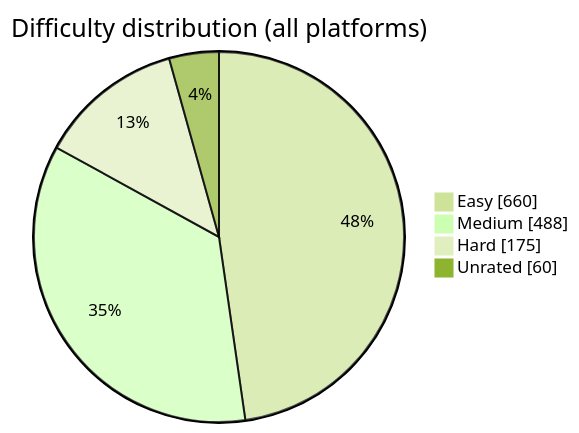
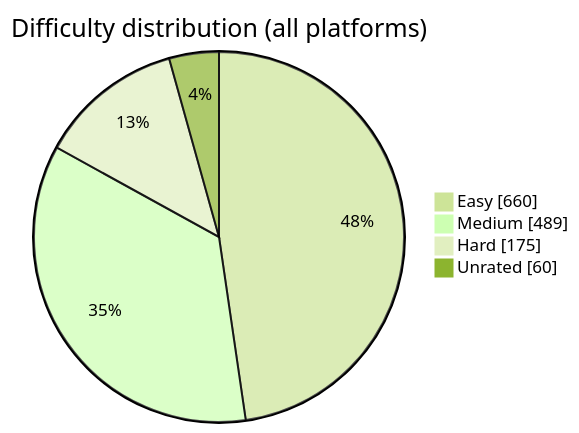
Before and after one commit to BuildbyArindam/Daily-Coding-Log: the diagram in README.md, drawn with Mermaid (forest theme). The commit also changed other lines of this file, not shown here.

````diff
--- a/README.md
+++ b/README.md
@@ -93,7 +93,7 @@
 ```mermaid
 pie showData title Difficulty distribution (all platforms)
     "Easy" : 660
-    "Medium" : 488
+    "Medium" : 489
     "Hard" : 175
     "Unrated" : 60
 ```
````
